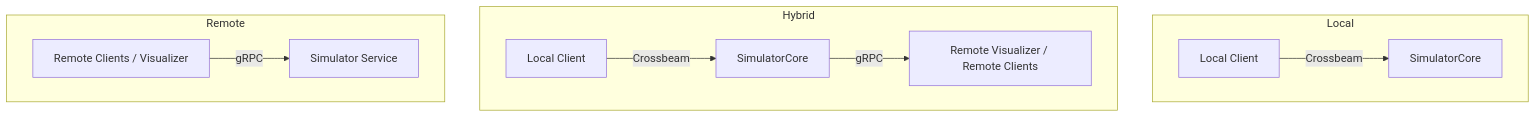
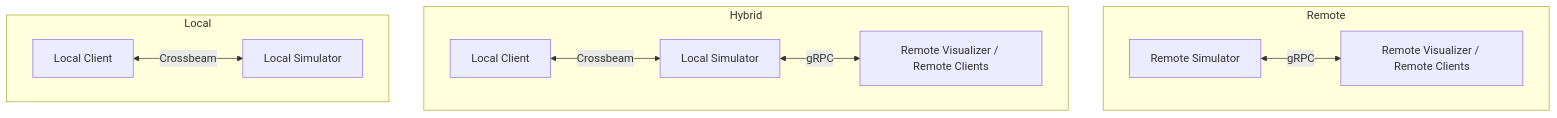
Before and after one commit to martinstarkov/simulation-server: the diagram in README.md, drawn with Mermaid. The commit also changed other lines of this file, not shown here.

````diff
--- a/README.md
+++ b/README.md
@@ -135,15 +138,15 @@
 ```mermaid
 flowchart TD
-    subgraph Local
-        A[Local Client] -->|Crossbeam| B[SimulatorCore]
+    subgraph Remote
+        F[Remote Simulator] <-->|gRPC| G[Remote Visualizer / Remote Clients]
     end
 
     subgraph Hybrid
-        C[Local Client] -->|Crossbeam| D[SimulatorCore]
-        D -->|gRPC| E[Remote Visualizer / Remote Clients]
+        C[Local Client] <-->|Crossbeam| D[Local Simulator]
+        D <-->|gRPC| E[Remote Visualizer / Remote Clients]
     end
 
-    subgraph Remote
-        F[Remote Clients / Visualizer] -->|gRPC| G[Simulator Service]
+    subgraph Local
+        A[Local Client] <-->|Crossbeam| B[Local Simulator]
     end
 ```
````
